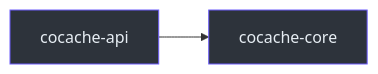
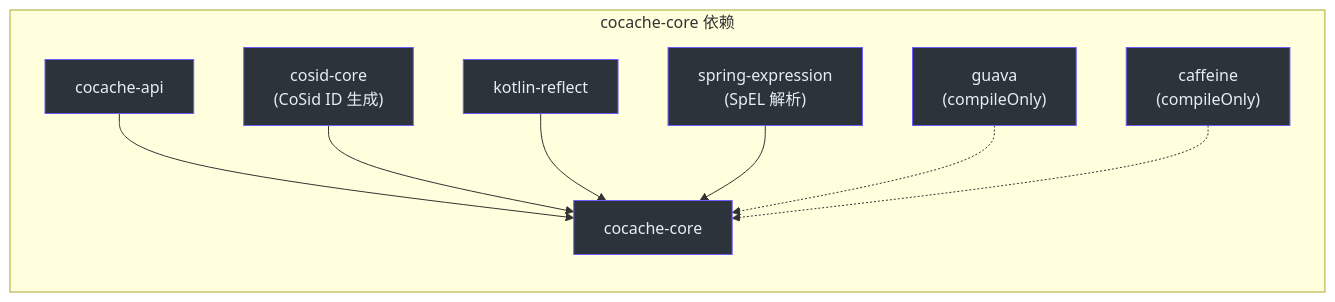
Before and after one commit to Ahoo-Wang/CoCache: the first of 7 diagrams in wiki/zh/modules/cocache-core.md, drawn with Mermaid. The commit also changed other lines of this file and 25 other files, not shown here.

````diff
--- a/wiki/zh/modules/cocache-core.md
+++ b/wiki/zh/modules/cocache-core.md
@@ -12,7 +12,34 @@
 ```mermaid
 graph LR
-    API["cocache-api"] --> Core["cocache-core"]
+    subgraph sg_37 ["cocache-core 依赖"]
 
-    style API fill:#2d333b,stroke:#6d5dfc,color:#e6edf3
-    style Core fill:#2d333b,stroke:#6d5dfc,color:#e6edf3
+        api["cocache-api"]
+        style api fill:#2d333b,stroke:#6d5dfc,color:#e6edf3
+
+        core["cocache-core"]
+        style core fill:#2d333b,stroke:#6d5dfc,color:#e6edf3
+
+        cosid["cosid-core<br>(CoSid ID 生成)"]
+        style cosid fill:#2d333b,stroke:#6d5dfc,color:#e6edf3
+
+        kotlin["kotlin-reflect"]
+        style kotlin fill:#2d333b,stroke:#6d5dfc,color:#e6edf3
+
+        spel["spring-expression<br>(SpEL 解析)"]
+        style spel fill:#2d333b,stroke:#6d5dfc,color:#e6edf3
+
+        guava["guava<br>(compileOnly)"]
+        style guava fill:#2d333b,stroke:#6d5dfc,color:#e6edf3
+
+        caffeine["caffeine<br>(compileOnly)"]
+        style caffeine fill:#2d333b,stroke:#6d5dfc,color:#e6edf3
+
+        api --> core
+        cosid --> core
+        kotlin --> core
+        spel --> core
+        guava -.-> core
+        caffeine -.-> core
+    end
+
 ```
````
